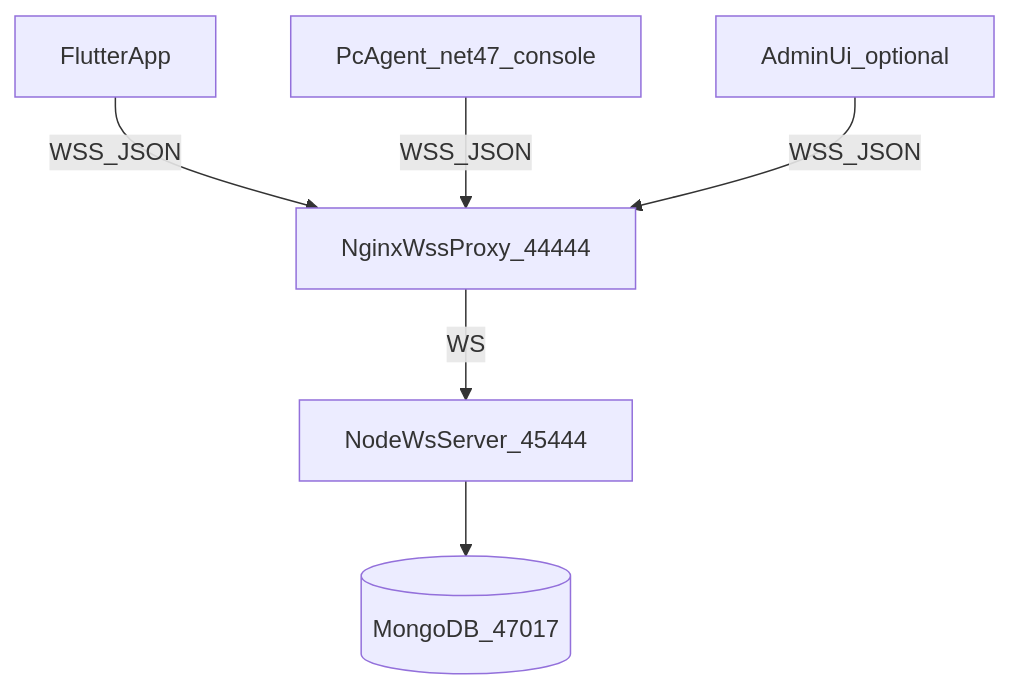
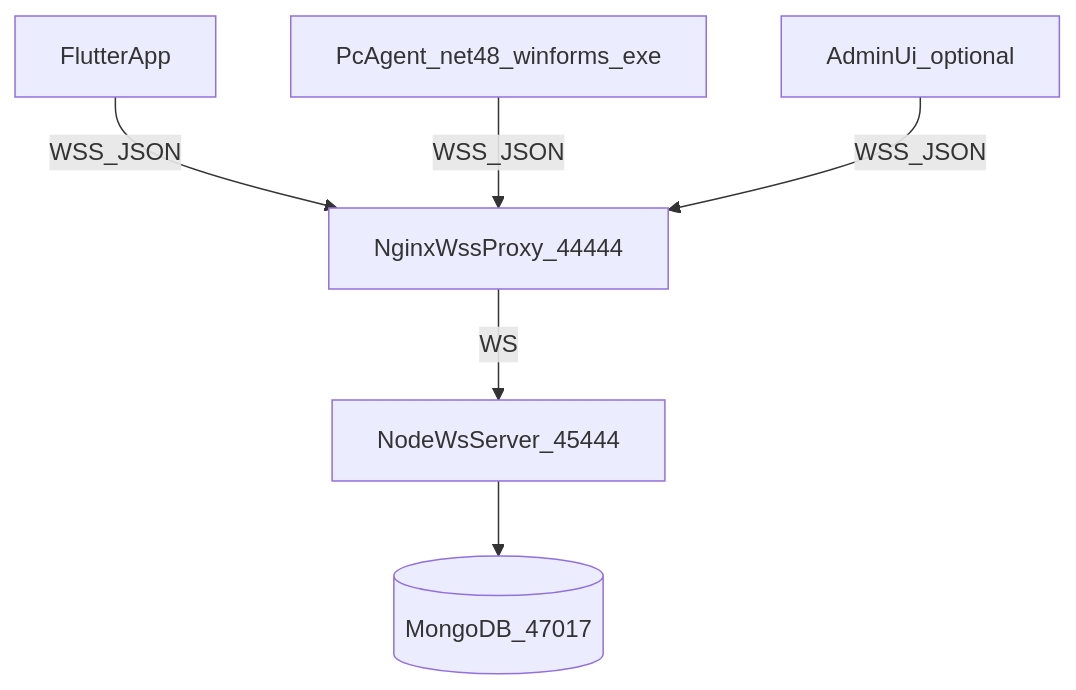
The first of 2 diagrams in docs/plans/uniscan-ws-only-architecture.plan.md (delphism84/lunaruniscan), drawn with Mermaid before and after one commit. The commit also changed other lines of this file and 1 other file, not shown here.

Commit message:
docs(plans): update WS-only architecture and PC agent UI plan

````diff
--- a/docs/plans/uniscan-ws-only-architecture.plan.md
+++ b/docs/plans/uniscan-ws-only-architecture.plan.md
@@ -39,8 +44,8 @@
 ```mermaid
 flowchart TD
   App[FlutterApp] -->|WSS_JSON| Nginx[NginxWssProxy_44444]
-  PcAgent[PcAgent_net47_console] -->|WSS_JSON| Nginx
+  PcAgent[PcAgent_net48_winforms_exe] -->|WSS_JSON| Nginx
   Admin[AdminUi_optional] -->|WSS_JSON| Nginx
   Nginx -->|WS| Be[NodeWsServer_45444]
   Be --> Mongo[(MongoDB_47017)]
 ```
````
